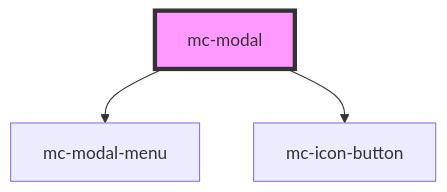
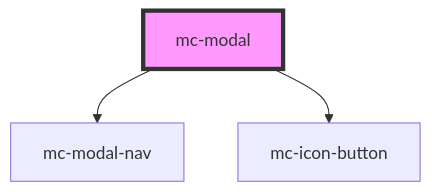
The diagram in vuepress/components/mc-modal/readme.md (kevinleedrum/mds), drawn with Mermaid before and after one commit. The commit also changed other lines of this file and 11 other files, not shown here.

Commit message:
Rename modal menu to nav; Use slot for li items

````diff
--- a/vuepress/components/mc-modal/readme.md
+++ b/vuepress/components/mc-modal/readme.md
@@ -36,6 +36,6 @@
 ```mermaid
 graph TD;
-  mc-modal --> mc-modal-menu
+  mc-modal --> mc-modal-nav
   mc-modal --> mc-icon-button
   style mc-modal fill:#f9f,stroke:#333,stroke-width:4px
 ```
````
